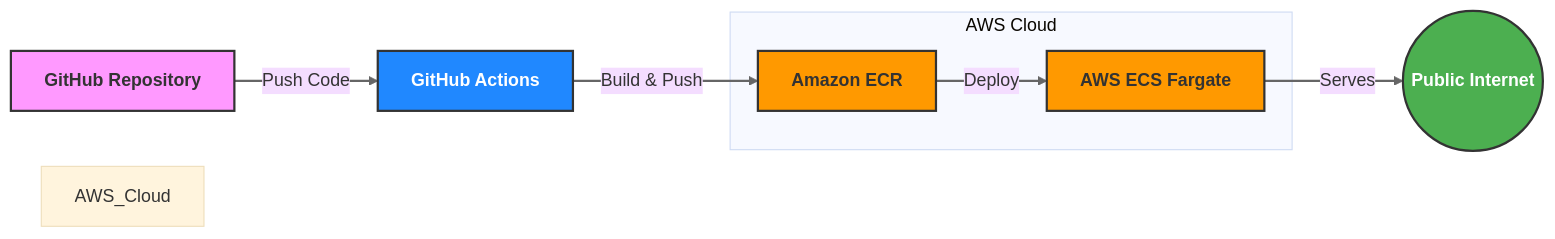
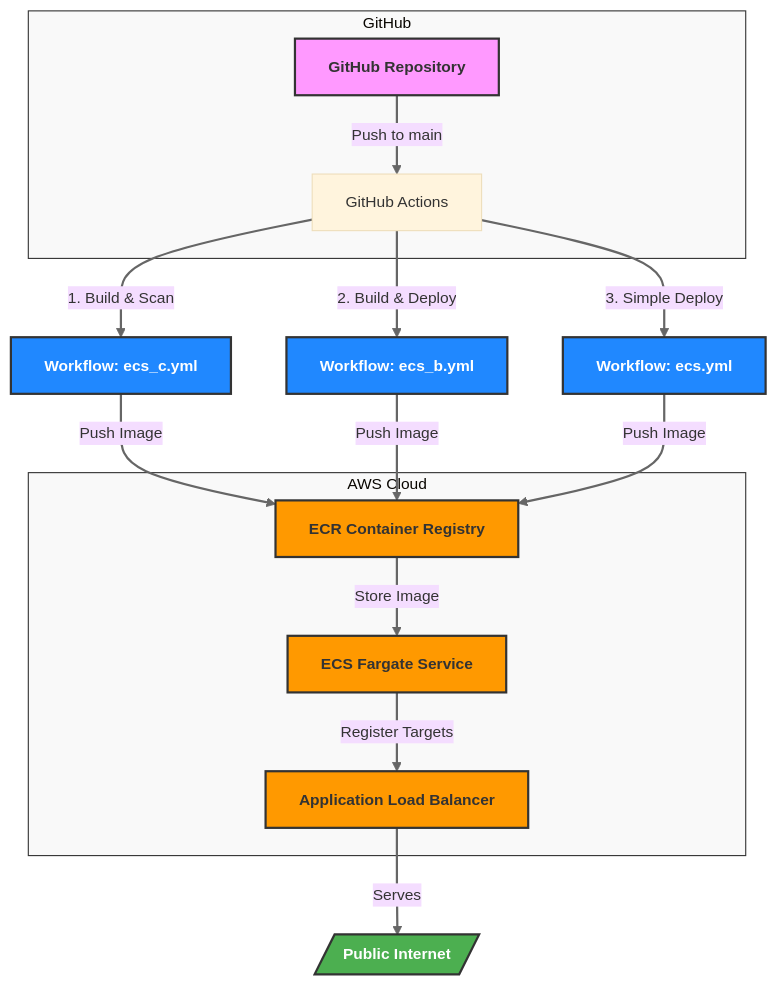
Before and after one commit to matthewntsiful/aws-ecs-deployment: the diagram in README.md, drawn with Mermaid.

````diff
--- a/README.md
+++ b/README.md
@@ -39,30 +39,42 @@
 ```mermaid
-%%{init: {'theme': 'base', 'themeVariables': { 'fontSize': '16px', 'fontFamily': 'Arial' }}}%%
-flowchart LR
-    A[GitHub Repository] -->|Push Code| B[GitHub Actions]
-    B -->|Build & Push| C[Amazon ECR]
-    C -->|Deploy| D[AWS ECS Fargate]
-    D -->|Serves| E((Public Internet))
-    
-    subgraph AWS Cloud
-        C
-        D
+%%{init: {'theme': 'base', 'themeVariables': { 'fontSize': '14px', 'fontFamily': 'Arial' }}}%%
+flowchart TD
+    subgraph GitHub[GitHub]
+        A[GitHub Repository] -->|Push to main| B[GitHub Actions]
+    end
+
+    subgraph AWS[AWS Cloud]
+        C[ECR Container Registry]
+        D[ECS Fargate Service]
+        E[Application Load Balancer]
+        
+        C -->|Store Image| D
+        D -->|Register Targets| E
     end
     
-    %% Styling for nodes
+    B -->|1. Build & Scan| B1[Workflow: ecs_c.yml]
+    B -->|2. Build & Deploy| B2[Workflow: ecs_b.yml]
+    B -->|3. Simple Deploy| B3[Workflow: ecs.yml]
+    
+    B1 -->|Push Image| C
+    B2 -->|Push Image| C
+    B3 -->|Push Image| C
+    
+    E -->|Serves| F[/Public Internet/]
+    
+    %% Styling
     classDef github fill:#f9f,stroke:#333,stroke-width:2px,font-weight:bold
-    classDef githubActions fill:#2088FF,stroke:#333,stroke-width:2px,color:white,font-weight:bold
-    classDef awsService fill:#FF9900,stroke:#333,stroke-width:2px,font-weight:bold
+    classDef workflow fill:#2088FF,stroke:#333,stroke-width:2px,color:white,font-weight:bold
+    classDef aws fill:#FF9900,stroke:#333,stroke-width:2px,font-weight:bold
     classDef internet fill:#4CAF50,stroke:#333,stroke-width:2px,color:white,font-weight:bold
     
     class A github
-    class B githubActions
-    class C,D awsService
-    class E internet
+    class B1,B2,B3 workflow
+    class C,D,E aws
+    class F internet
     
     %% Make the diagram wider
     linkStyle default stroke:#666,stroke-width:2px
-    
-    %% Add some spacing
-    style AWS_Cloud padding:20px
+    style AWS fill:#f9f9f9,stroke:#333,stroke-width:1px
+    style GitHub fill:#f9f9f9,stroke:#333,stroke-width:1px
 ```
````
